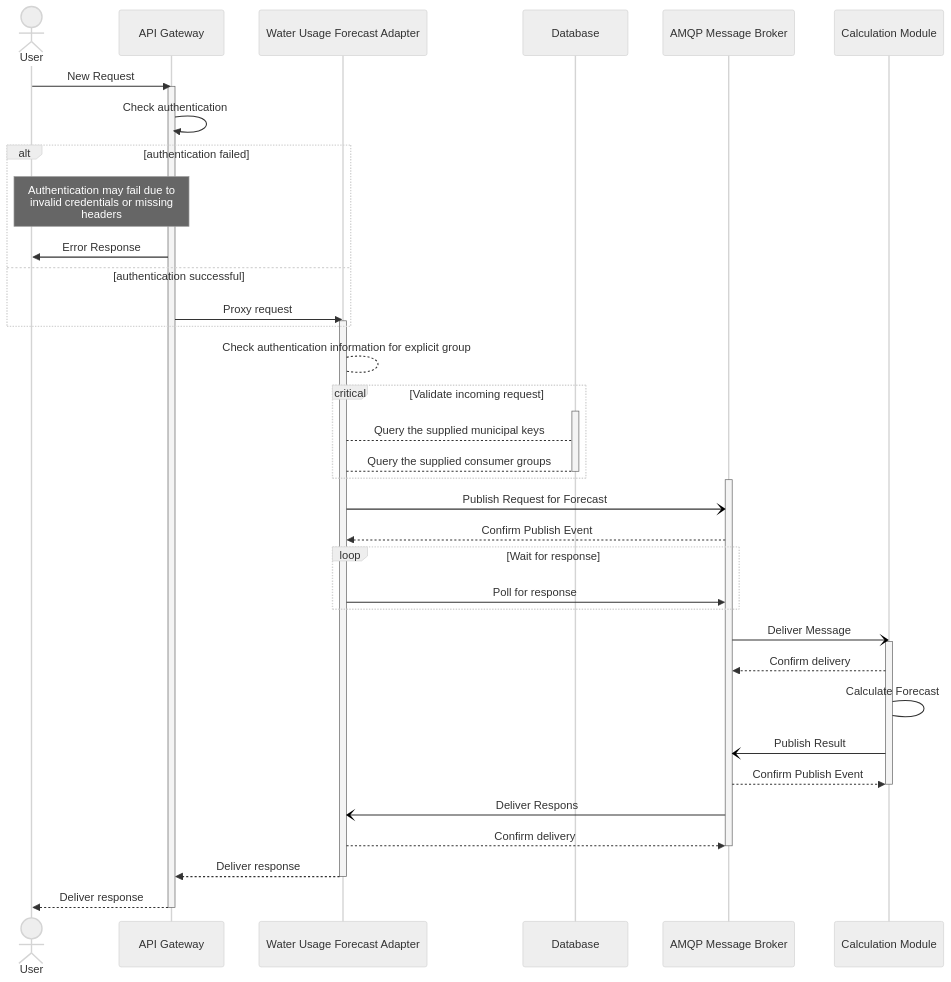
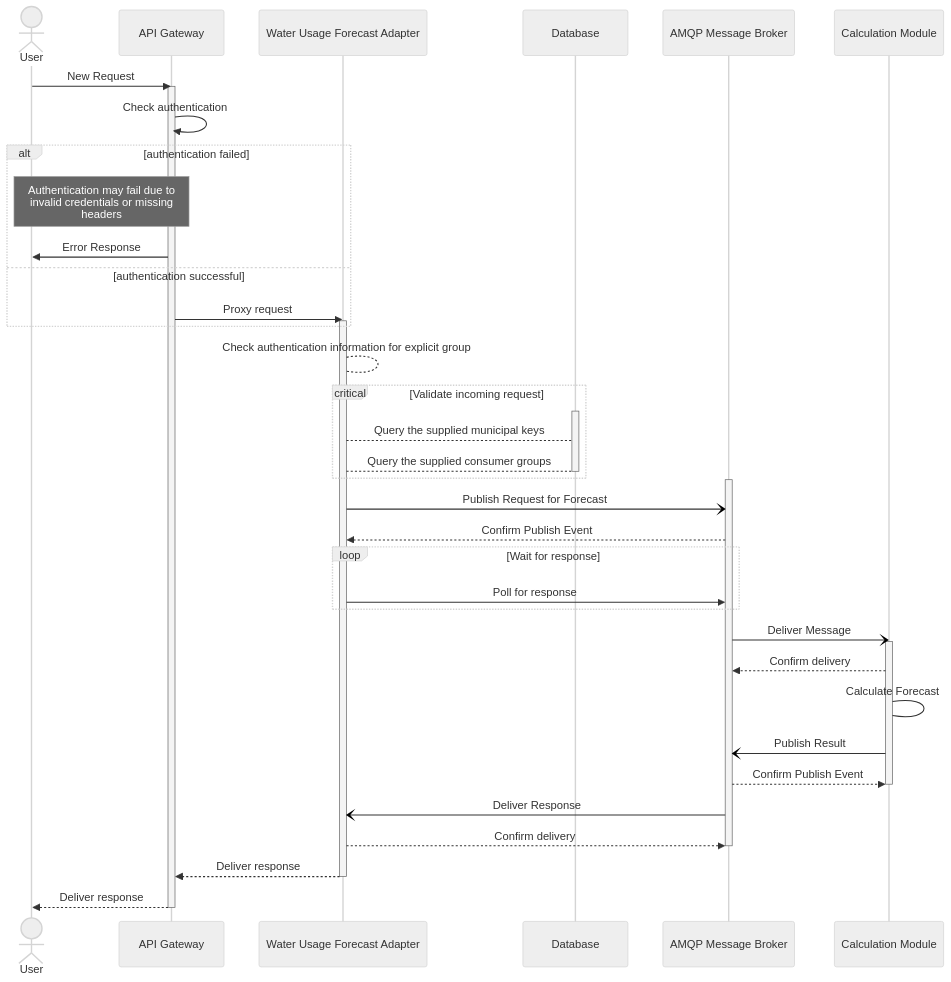
Before and after one commit to wisdom-oss/service-water-usage-forecasts-rest: the diagram in README.md, drawn with Mermaid (neutral theme). The commit also changed other lines of this file and 29 other files, not shown here.

````diff
--- a/README.md
+++ b/README.md
@@ -24,47 +24,47 @@
 ```mermaid
 sequenceDiagram
     actor U as User
     participant G as API Gateway
     participant S as Water Usage Forecast Adapter
     participant D as Database
     participant B as AMQP Message Broker
     participant C as Calculation Module
 
     U->>G: New Request
     activate G
     G->>G: Check authentication
     alt authentication failed
         note over U,G: Authentication may fail due to<br/>invalid credentials or missing<br/>headers
         G->>U: Error Response
     else authentication successful
         G->>S: Proxy request
         activate S
     end
     S-->S: Check authentication information for explicit group
     critical Validate incoming request 
         activate D
         S-->D: Query the supplied municipal keys
         S-->D: Query the supplied consumer groups
         deactivate D
     end
     activate B
     S-)B: Publish Request for Forecast
     B-->>S: Confirm Publish Event
     loop Wait for response 
         S->>B: Poll for response
     end
     B-)C: Deliver Message
     activate C
     C-->>B: Confirm delivery
     C->C: Calculate Forecast
     C-)B: Publish Result
     B-->>C: Confirm Publish Event
     deactivate C
-    B-)S: Deliver Respons
+    B-)S: Deliver Response
     S-->>B: Confirm delivery
     deactivate B
     S-->>G: Deliver response
     deactivate S
     G-->>U: Deliver response
     deactivate G
 ```
````
